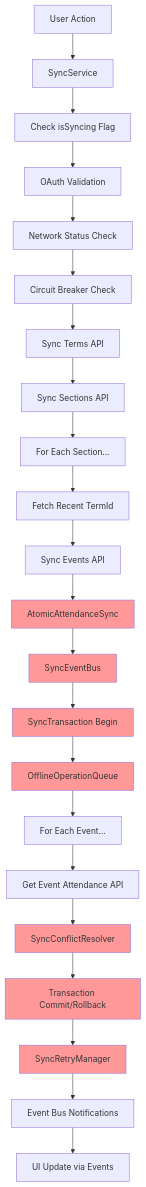
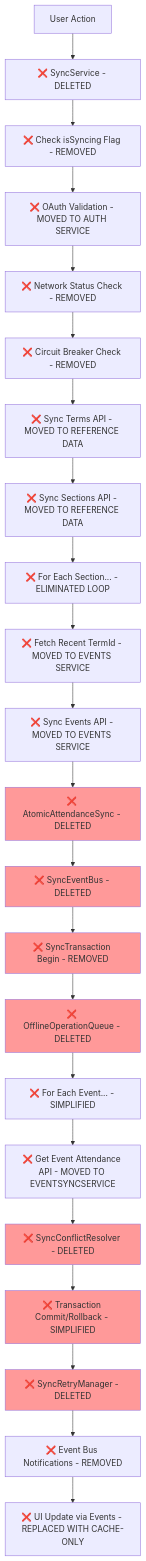
Before and after one commit to Walton-Viking-Scouts/VikingsEventMgmt: the first of 4 diagrams in docs/architecture/sync-flow-comparison.md, drawn with Mermaid. The commit also changed other lines of this file and 5 other files, not shown here.

First line of the commit message:
docs: update architecture documentation for simplified data loading system

````diff
--- a/docs/architecture/sync-flow-comparison.md
+++ b/docs/architecture/sync-flow-comparison.md
@@ -7,32 +7,32 @@
 ```mermaid
 graph TD
-    A[User Action] --> B[SyncService]
-    B --> C[Check isSyncing Flag]
-    C --> D[OAuth Validation]
-    D --> E[Network Status Check]
-    E --> F[Circuit Breaker Check]
-    F --> G[Sync Terms API]
-    G --> H[Sync Sections API]
-    H --> I[For Each Section...]
-    I --> J[Fetch Recent TermId]
-    J --> K[Sync Events API]
-    K --> L[AtomicAttendanceSync]
-    L --> M[SyncEventBus]
-    M --> N[SyncTransaction Begin]
-    N --> O[OfflineOperationQueue]
-    O --> P[For Each Event...]
-    P --> Q[Get Event Attendance API]
-    Q --> R[SyncConflictResolver]
-    R --> S[Transaction Commit/Rollback]
-    S --> T[SyncRetryManager]
-    T --> U[Event Bus Notifications]
-    U --> V[UI Update via Events]
+    A[User Action] --> B[❌ SyncService - DELETED]
+    B --> C[❌ Check isSyncing Flag - REMOVED]
+    C --> D[❌ OAuth Validation - MOVED TO AUTH SERVICE]
+    D --> E[❌ Network Status Check - REMOVED]
+    E --> F[❌ Circuit Breaker Check - REMOVED]
+    F --> G[❌ Sync Terms API - MOVED TO REFERENCE DATA]
+    G --> H[❌ Sync Sections API - MOVED TO REFERENCE DATA]
+    H --> I[❌ For Each Section... - ELIMINATED LOOP]
+    I --> J[❌ Fetch Recent TermId - MOVED TO EVENTS SERVICE]
+    J --> K[❌ Sync Events API - MOVED TO EVENTS SERVICE]
+    K --> L[❌ AtomicAttendanceSync - DELETED]
+    L --> M[❌ SyncEventBus - DELETED]
+    M --> N[❌ SyncTransaction Begin - REMOVED]
+    N --> O[❌ OfflineOperationQueue - DELETED]
+    O --> P[❌ For Each Event... - SIMPLIFIED]
+    P --> Q[❌ Get Event Attendance API - MOVED TO EVENTSYNCSERVICE]
+    Q --> R[❌ SyncConflictResolver - DELETED]
+    R --> S[❌ Transaction Commit/Rollback - SIMPLIFIED]
+    S --> T[❌ SyncRetryManager - DELETED]
+    T --> U[❌ Event Bus Notifications - REMOVED]
+    U --> V[❌ UI Update via Events - REPLACED WITH CACHE-ONLY]
 
     style L fill:#ff9999
     style M fill:#ff9999
     style N fill:#ff9999
     style O fill:#ff9999
     style R fill:#ff9999
     style S fill:#ff9999
     style T fill:#ff9999
 ```
````
